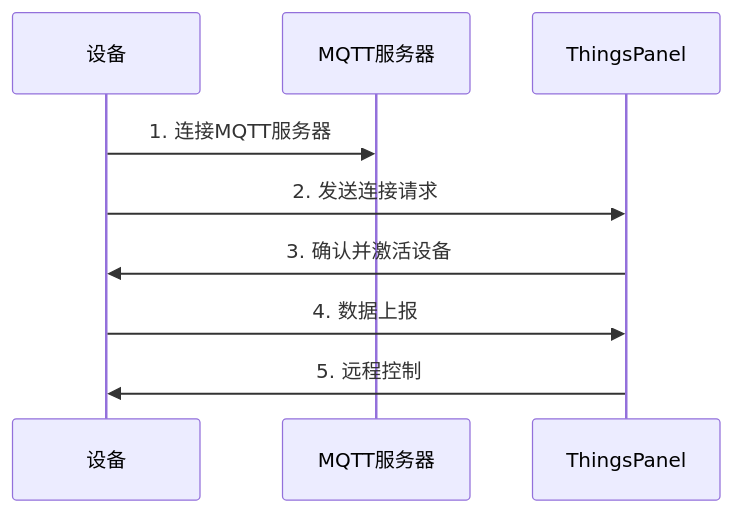
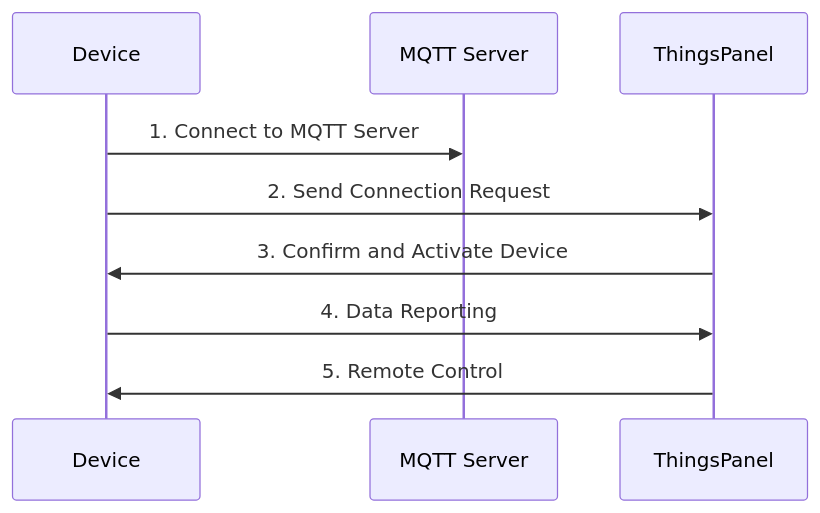
Before and after one commit to ThingsPanel/thingspanel.github.io: the diagram in docs/device-connect/mqtt-gateway-rule.md, drawn with Mermaid. The commit also changed other lines of this file and 587 other files, not shown here.

````diff
--- a/docs/device-connect/mqtt-gateway-rule.md
+++ b/docs/device-connect/mqtt-gateway-rule.md
@@ -33,12 +31,12 @@
 ```mermaid
 sequenceDiagram
-    participant D as 设备
-    participant M as MQTT服务器
+    participant D as Device
+    participant M as MQTT Server
     participant T as ThingsPanel
 
-    D->>M: 1. 连接MQTT服务器
-    D->>T: 2. 发送连接请求
-    T->>D: 3. 确认并激活设备
-    D->>T: 4. 数据上报
-    T->>D: 5. 远程控制
+    D->>M: 1. Connect to MQTT Server
+    D->>T: 2. Send Connection Request
+    T->>D: 3. Confirm and Activate Device
+    D->>T: 4. Data Reporting
+    T->>D: 5. Remote Control
 ```
````
